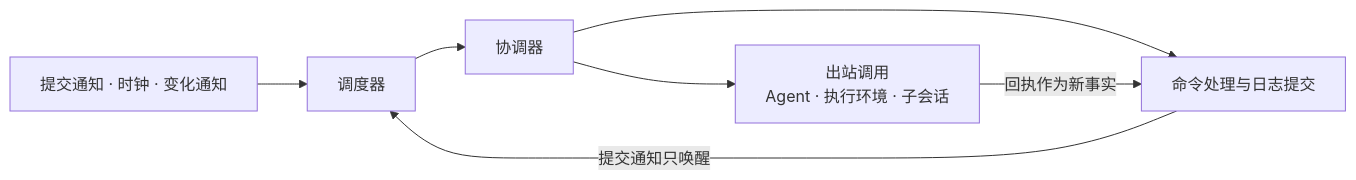
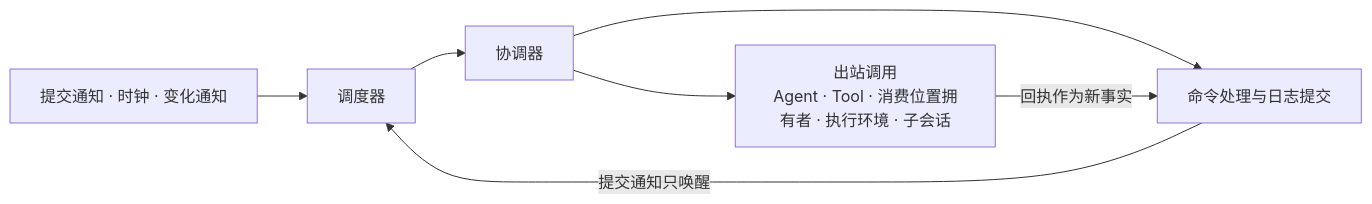
The eighth of 9 diagrams in docs/architecture/runtime/session-and-run.md (nemori-ai/omne-harness-lite), drawn with Mermaid before and after one commit. The commit also changed other lines of this file and 4 other files, not shown here.

````diff
--- a/docs/architecture/runtime/session-and-run.md
+++ b/docs/architecture/runtime/session-and-run.md
@@ -302,9 +302,9 @@
 ```mermaid
 flowchart LR
     Signal[提交通知 · 时钟 · 变化通知] --> Sched[调度器]
     Sched --> Coord[协调器]
     Coord --> Cmd[命令处理与日志提交]
-    Coord --> Out[出站调用<br/>Agent · 执行环境 · 子会话]
+    Coord --> Out[出站调用<br/>Agent · Tool · 消费位置拥有者 · 执行环境 · 子会话]
     Out -->|回执作为新事实| Cmd
     Cmd -->|提交通知只唤醒| Sched
 ```
````
